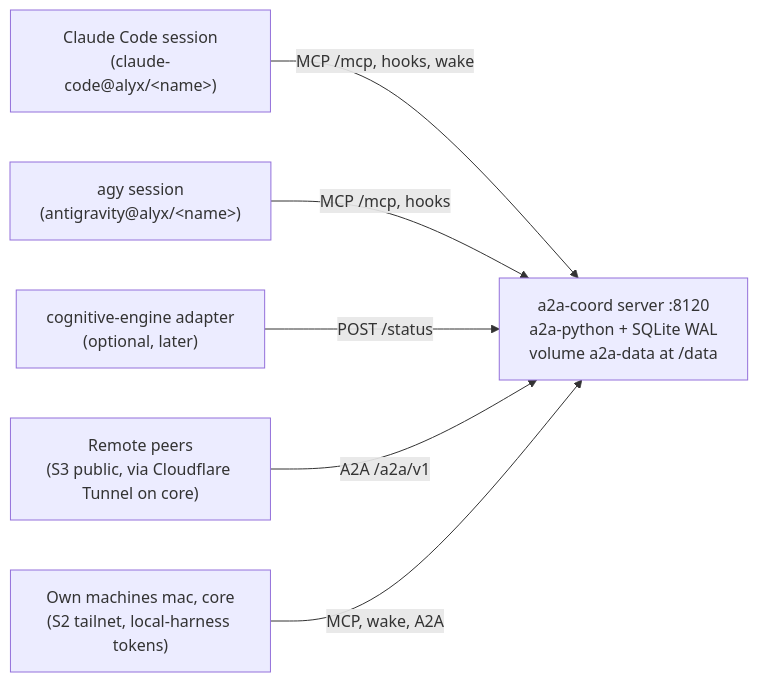
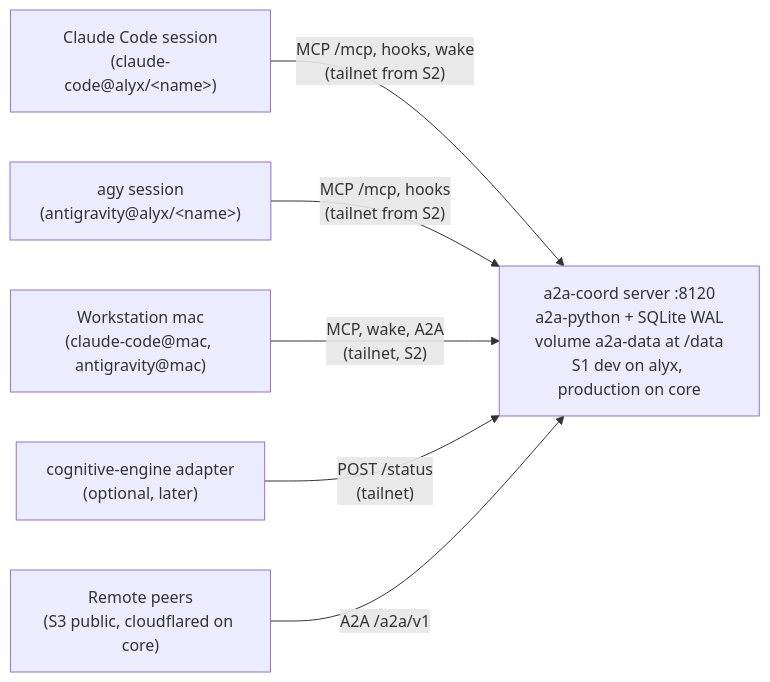
The first of 2 diagrams in plugins/coordination/docs/plans/consolidated-bridge-v2-plan.md (rockad/agentic-hub), drawn with Mermaid before and after one commit. The commit also changed other lines of this file and 7 other files, not shown here.

First line of the commit message:
docs(coordination): decisions 23-24 (core production host, service API keys)

````diff
--- a/plugins/coordination/docs/plans/consolidated-bridge-v2-plan.md
+++ b/plugins/coordination/docs/plans/consolidated-bridge-v2-plan.md
@@ -27,9 +27,9 @@
 ```mermaid
 flowchart LR
-    CC["Claude Code session<br/>(claude-code@alyx/&lt;name&gt;)"] -->|"MCP /mcp, hooks, wake"| SRV
-    AGY["agy session<br/>(antigravity@alyx/&lt;name&gt;)"] -->|"MCP /mcp, hooks"| SRV
-    SRV["a2a-coord server :8120<br/>a2a-python + SQLite WAL<br/>volume a2a-data at /data"]
-    CE["cognitive-engine adapter<br/>(optional, later)"] -->|"POST /status"| SRV
-    REM["Remote peers<br/>(S3 public, via Cloudflare Tunnel on core)"] -->|"A2A /a2a/v1"| SRV
-    OWN["Own machines mac, core<br/>(S2 tailnet, local-harness tokens)"] -->|"MCP, wake, A2A"| SRV
+    CC["Claude Code session<br/>(claude-code@alyx/&lt;name&gt;)"] -->|"MCP /mcp, hooks, wake<br/>(tailnet from S2)"| SRV
+    AGY["agy session<br/>(antigravity@alyx/&lt;name&gt;)"] -->|"MCP /mcp, hooks<br/>(tailnet from S2)"| SRV
+    MAC["Workstation mac<br/>(claude-code@mac, antigravity@mac)"] -->|"MCP, wake, A2A<br/>(tailnet, S2)"| SRV
+    SRV["a2a-coord server :8120<br/>a2a-python + SQLite WAL<br/>volume a2a-data at /data<br/>S1 dev on alyx, production on core"]
+    CE["cognitive-engine adapter<br/>(optional, later)"] -->|"POST /status<br/>(tailnet)"| SRV
+    REM["Remote peers<br/>(S3 public, cloudflared on core)"] -->|"A2A /a2a/v1"| SRV
 ```
````
